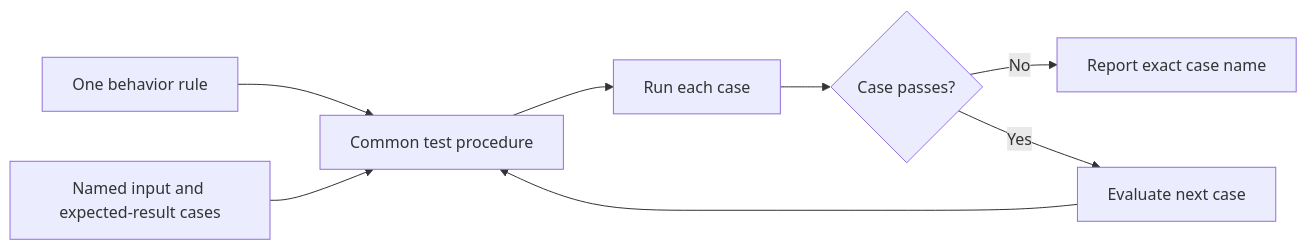
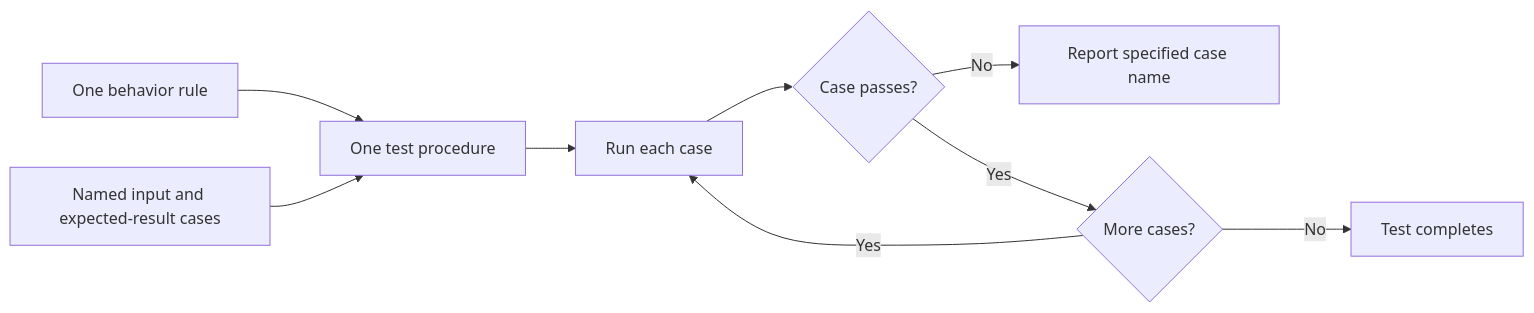
The diagram in docs/principles/details/p023-parameterized-table-driven-testing.md (HomericIntelligence/Athena), drawn with Mermaid before and after one commit. The commit also changed other lines of this file and 91 other files, not shown here.

````diff
--- a/docs/principles/details/p023-parameterized-table-driven-testing.md
+++ b/docs/principles/details/p023-parameterized-table-driven-testing.md
@@ -33,10 +35,11 @@
 ```mermaid
 flowchart LR
-    Rule["One behavior rule"] --> Procedure["Common test procedure"]
+    Rule["One behavior rule"] --> Procedure["One test procedure"]
     Cases["Named input and expected-result cases"] --> Procedure
     Procedure --> Run["Run each case"]
     Run --> Result{"Case passes?"}
-    Result -->|No| Name["Report exact case name"]
-    Result -->|Yes| Next["Evaluate next case"]
-    Next --> Procedure
+    Result -->|No| Name["Report specified case name"]
+    Result -->|Yes| More{"More cases?"}
+    More -->|Yes| Run
+    More -->|No| Success["Test completes"]
 ```
````
